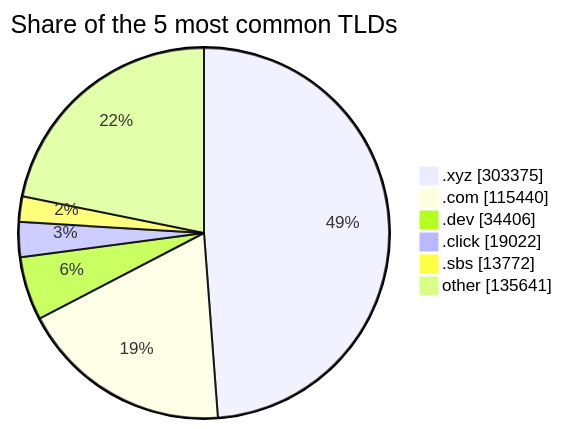
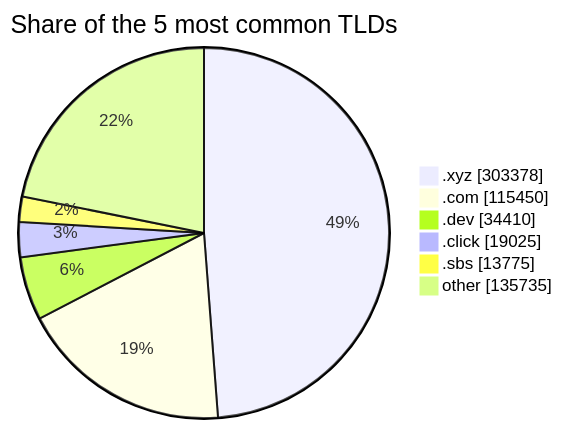
The third of 3 diagrams in README.md (DNSBunker/CTI), drawn with Mermaid before and after one commit. The commit also changed other lines of this file and 3 other files, not shown here.

````diff
--- a/README.md
+++ b/README.md
@@ -81,9 +81,9 @@
 ```mermaid
 pie showData title Share of the 5 most common TLDs
-    ".xyz" : 303375
-    ".com" : 115440
-    ".dev" : 34406
-    ".click" : 19022
-    ".sbs" : 13772
-    "other" : 135641
+    ".xyz" : 303378
+    ".com" : 115450
+    ".dev" : 34410
+    ".click" : 19025
+    ".sbs" : 13775
+    "other" : 135735
 ```
````
